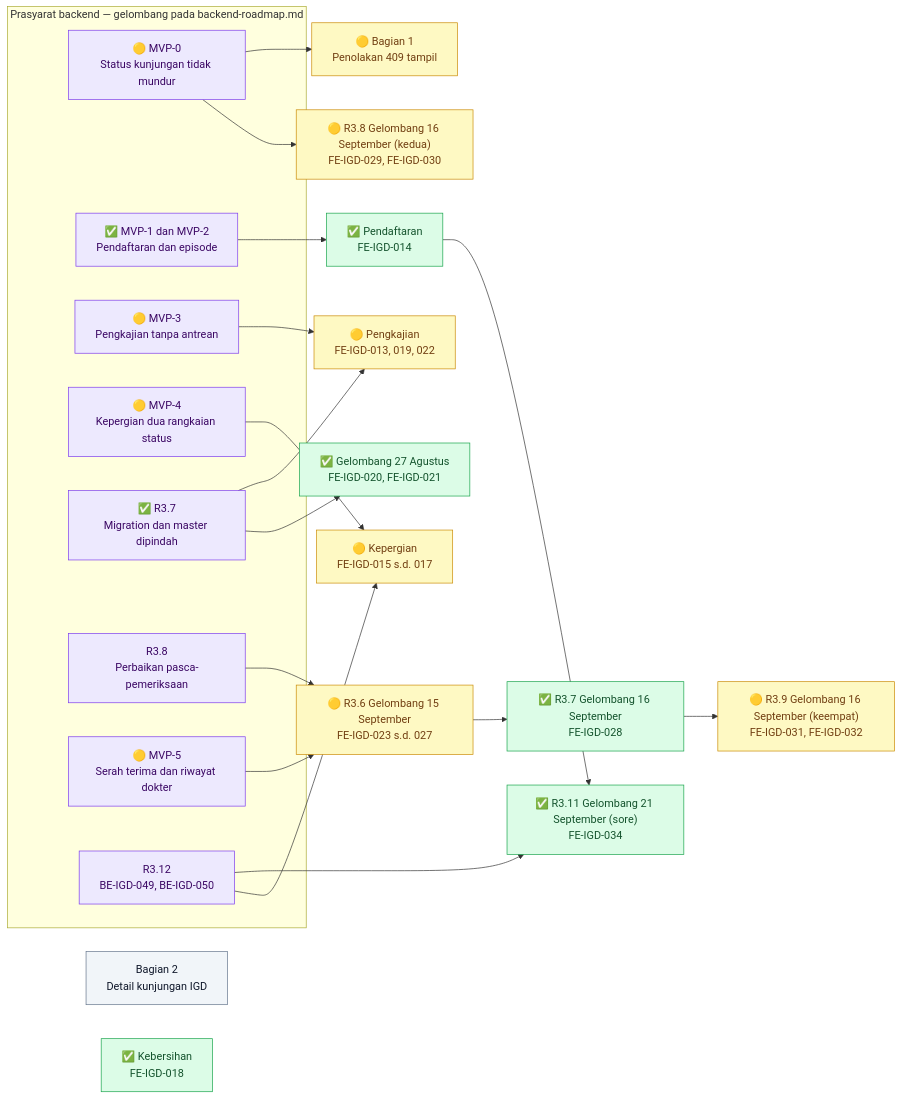
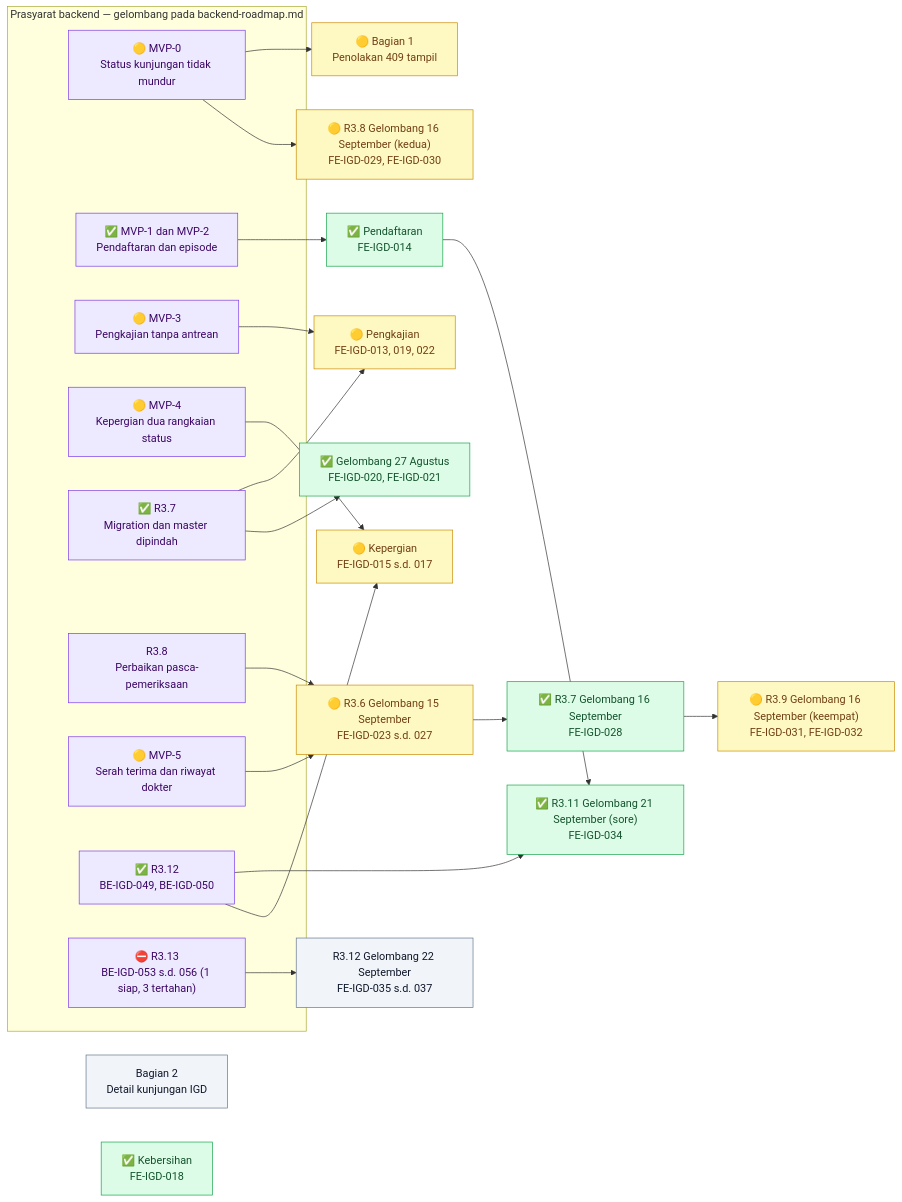
Before and after one commit to DevBenari/NewQuilvianSystemBackend: the first of 11 diagrams in docs/module-blueprints/igd/roadmap/frontend-roadmap.md, drawn with Mermaid. The commit also changed other lines of this file and 26 other files, not shown here.

````diff
--- a/docs/module-blueprints/igd/roadmap/frontend-roadmap.md
+++ b/docs/module-blueprints/igd/roadmap/frontend-roadmap.md
@@ -71,47 +72,50 @@
 ```mermaid
 flowchart LR
     classDef selesai fill:#DCFCE7,stroke:#16A34A,color:#14532D
     classDef sebagian fill:#FEF9C3,stroke:#CA8A04,color:#713F12
     classDef terblokir fill:#FEE2E2,stroke:#DC2626,color:#7F1D1D
     classDef belum fill:#F1F5F9,stroke:#64748B,color:#0F172A
     classDef luar fill:#EDE9FE,stroke:#7C3AED,color:#3B0764
 
     subgraph backend["Prasyarat backend — gelombang pada backend-roadmap.md"]
         BMVP0["🟡 MVP-0<br/>Status kunjungan tidak mundur"]:::luar
         BMVP12["✅ MVP-1 dan MVP-2<br/>Pendaftaran dan episode"]:::luar
         BMVP3["🟡 MVP-3<br/>Pengkajian tanpa antrean"]:::luar
         BMVP4["🟡 MVP-4<br/>Kepergian dua rangkaian status"]:::luar
         BR37["✅ R3.7<br/>Migration dan master dipindah"]:::luar
         BR38["R3.8<br/>Perbaikan pasca-pemeriksaan"]:::luar
         BMVP5["🟡 MVP-5<br/>Serah terima dan riwayat dokter"]:::luar
-        BR312["R3.12<br/>BE-IGD-049, BE-IGD-050"]:::luar
+        BR312["✅ R3.12<br/>BE-IGD-049, BE-IGD-050"]:::luar
+        BR313["⛔ R3.13<br/>BE-IGD-053 s.d. 056 (1 siap, 3 tertahan)"]:::luar
     end
 
     FMVP0["🟡 Bagian 1<br/>Penolakan 409 tampil"]:::sebagian
     FWARIS["Bagian 2<br/>Detail kunjungan IGD"]:::belum
     FDAFTAR["✅ Pendaftaran<br/>FE-IGD-014"]:::selesai
     FKAJI["🟡 Pengkajian<br/>FE-IGD-013, 019, 022"]:::sebagian
     FPERGI["🟡 Kepergian<br/>FE-IGD-015 s.d. 017"]:::sebagian
     FMASTER["✅ Gelombang 27 Agustus<br/>FE-IGD-020, FE-IGD-021"]:::selesai
     FBERSIH["✅ Kebersihan<br/>FE-IGD-018"]:::selesai
     FPASCA["🟡 R3.6 Gelombang 15 September<br/>FE-IGD-023 s.d. 027"]:::sebagian
     FPASCA2["✅ R3.7 Gelombang 16 September<br/>FE-IGD-028"]:::selesai
     FARRIVED["🟡 R3.8 Gelombang 16 September (kedua)<br/>FE-IGD-029, FE-IGD-030"]:::sebagian
     FTATA["🟡 R3.9 Gelombang 16 September (keempat)<br/>FE-IGD-031, FE-IGD-032"]:::sebagian
     FPRA["✅ R3.11 Gelombang 21 September (sore)<br/>FE-IGD-034"]:::selesai
+    FENC["R3.12 Gelombang 22 September<br/>FE-IGD-035 s.d. 037"]:::belum
 
     BMVP0 --> FMVP0
     BMVP0 --> FARRIVED
     BMVP12 --> FDAFTAR
     BMVP3 --> FKAJI
     BR37 --> FKAJI
     BMVP4 --> FPERGI
     BR37 --> FMASTER
     BR38 --> FPASCA
     BMVP5 --> FPASCA
     FPASCA --> FPASCA2
     FPASCA2 --> FTATA
     BR312 --> FPRA
     BR312 --> FPERGI
     FDAFTAR --> FPRA
+    BR313 --> FENC
 ```
````
